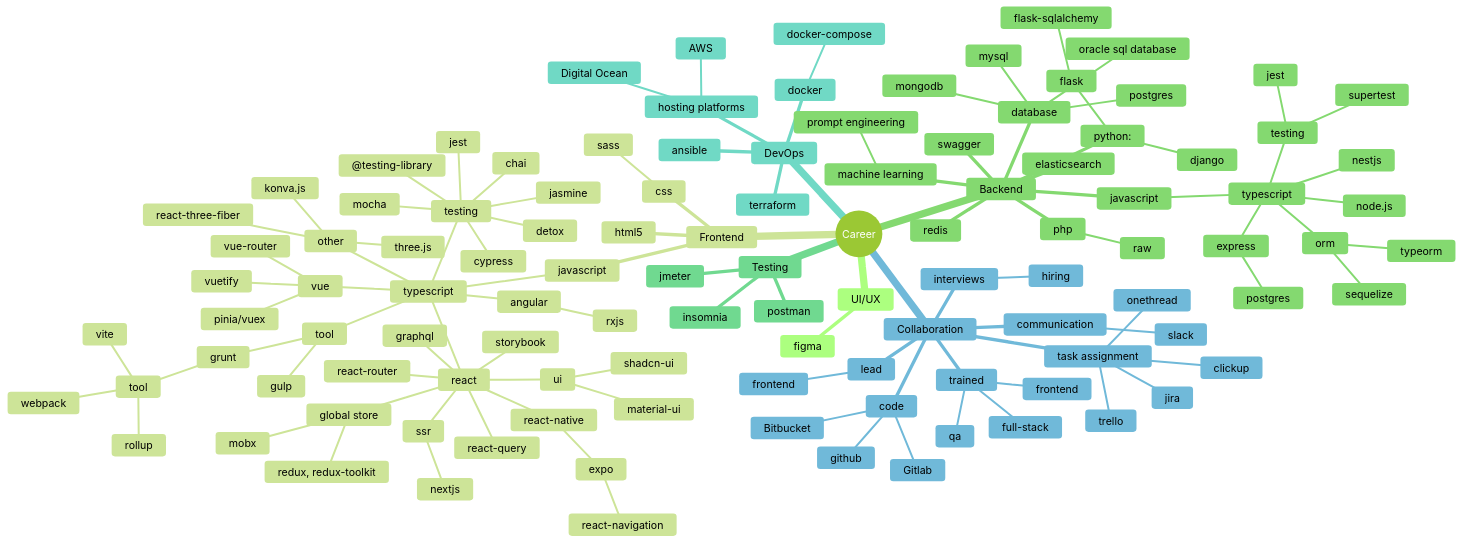
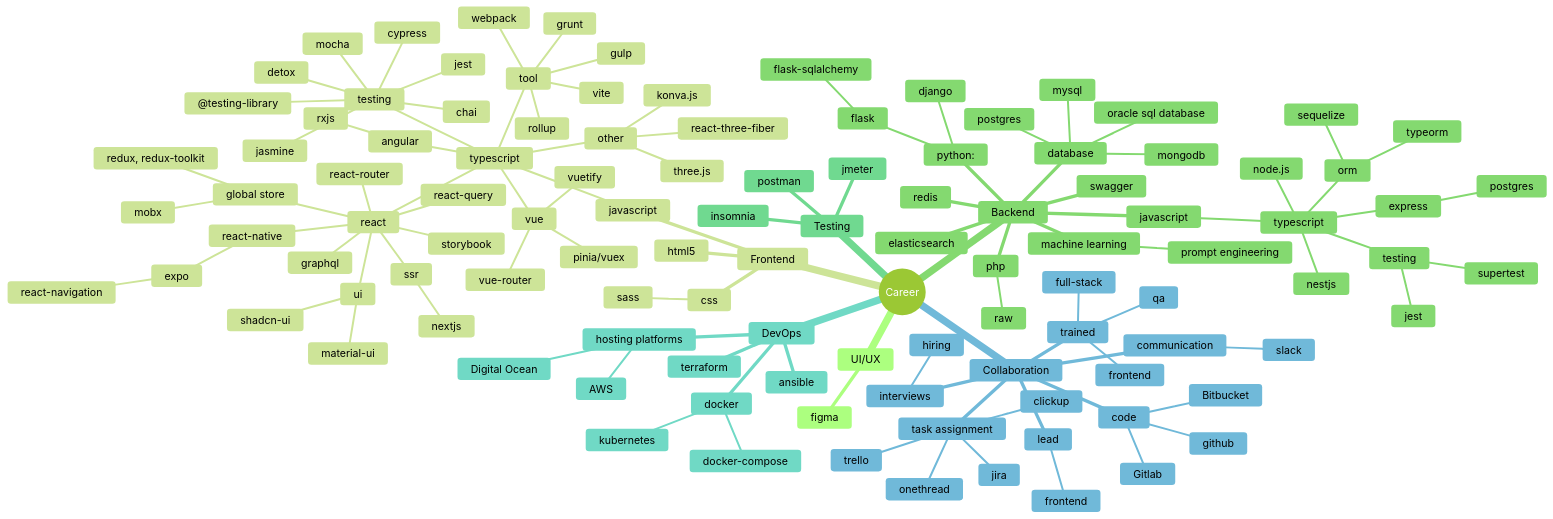
Before and after one commit to mp5maker/mp5maker: the diagram in highlight.md, drawn with Mermaid (forest theme). The commit also changed 1 other file, not shown here.

Commit message:
:sparkles: feat: added hobbies in the github profile

```diff
--- a/highlight.md
+++ b/highlight.md
@@ -44,10 +44,9 @@
           ::icon(fa-brands fa-gulp)
           grunt
             ::icon(fa-brands fa-grunt)
-            tool
-              webpack
-              rollup
-              vite
+          webpack
+          rollup
+          vite
         testing
           jasmine
           chai
@@ -107,7 +106,7 @@
     docker
     ::icon(fa-brands fa-docker)
       docker-compose
-      ::icon(fa-brands fa-docker)
+      kubernetes
     hosting platforms
       Digital Ocean
       ::icon(fa-brands fa-digital-ocean)
```
